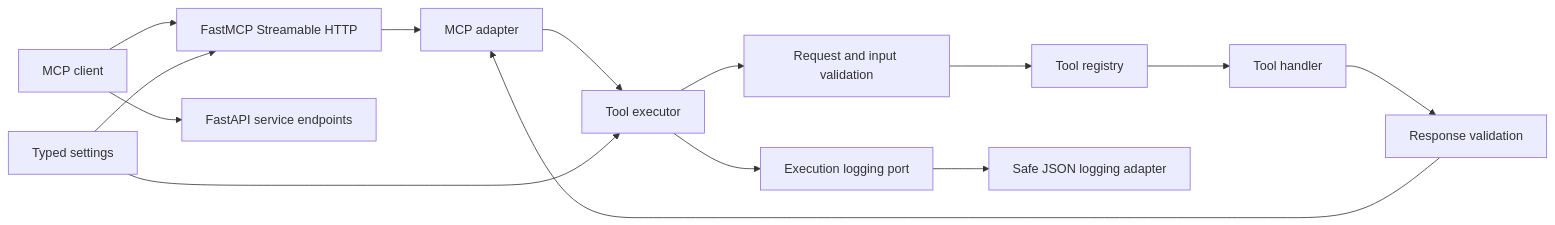
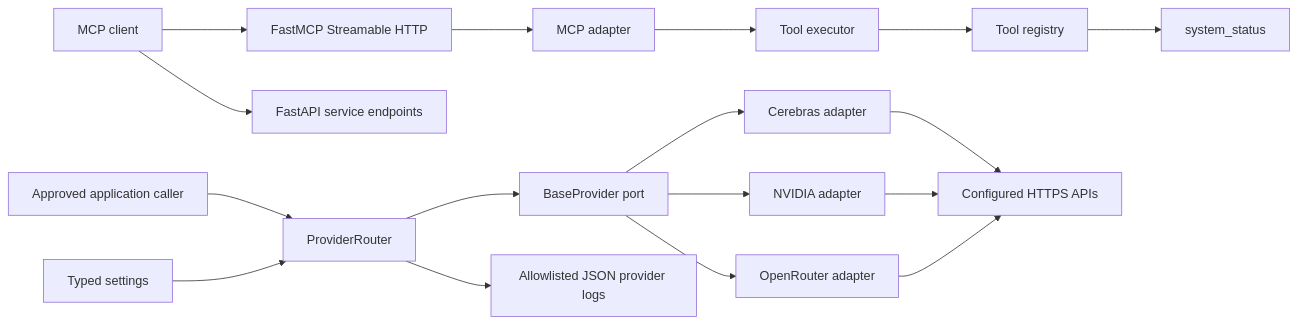
One commit to LeelaissakAttota/ToolBridge-MCP-Server changed the first of 2 diagrams in ARCHITECTURE.md. Above: the diagram before and after it, drawn with Mermaid. The commit also changed other lines of this file and 30 other files, not shown here.

Commit message:
feat(providers): complete Phase 3 LLM provider router

````diff
--- a/ARCHITECTURE.md
+++ b/ARCHITECTURE.md
@@ -9,16 +9,21 @@
 ```mermaid
 flowchart LR
     Client["MCP client"] --> Transport["FastMCP Streamable HTTP"]
     Client --> API["FastAPI service endpoints"]
-    Transport --> Adapter["MCP adapter"]
-    Adapter --> Executor["Tool executor"]
-    Executor --> RequestValidation["Request and input validation"]
-    RequestValidation --> Registry["Tool registry"]
-    Registry --> Handler["Tool handler"]
-    Handler --> ResponseValidation["Response validation"]
-    ResponseValidation --> Adapter
-    Executor --> LogPort["Execution logging port"]
-    LogPort --> JsonLogs["Safe JSON logging adapter"]
-    Config["Typed settings"] --> Executor
-    Config --> Transport
+    Transport --> MCPAdapter["MCP adapter"]
+    MCPAdapter --> Executor["Tool executor"]
+    Executor --> Registry["Tool registry"]
+    Registry --> Diagnostic["system_status"]
+
+    Caller["Approved application caller"] --> Router["ProviderRouter"]
+    Router --> Port["BaseProvider port"]
+    Port --> Cerebras["Cerebras adapter"]
+    Port --> Nvidia["NVIDIA adapter"]
+    Port --> OpenRouter["OpenRouter adapter"]
+    Cerebras --> HTTP["Configured HTTPS APIs"]
+    Nvidia --> HTTP
+    OpenRouter --> HTTP
+
+    Config["Typed settings"] --> Router
+    Router --> ProviderLogs["Allowlisted JSON provider logs"]
 ```
````
